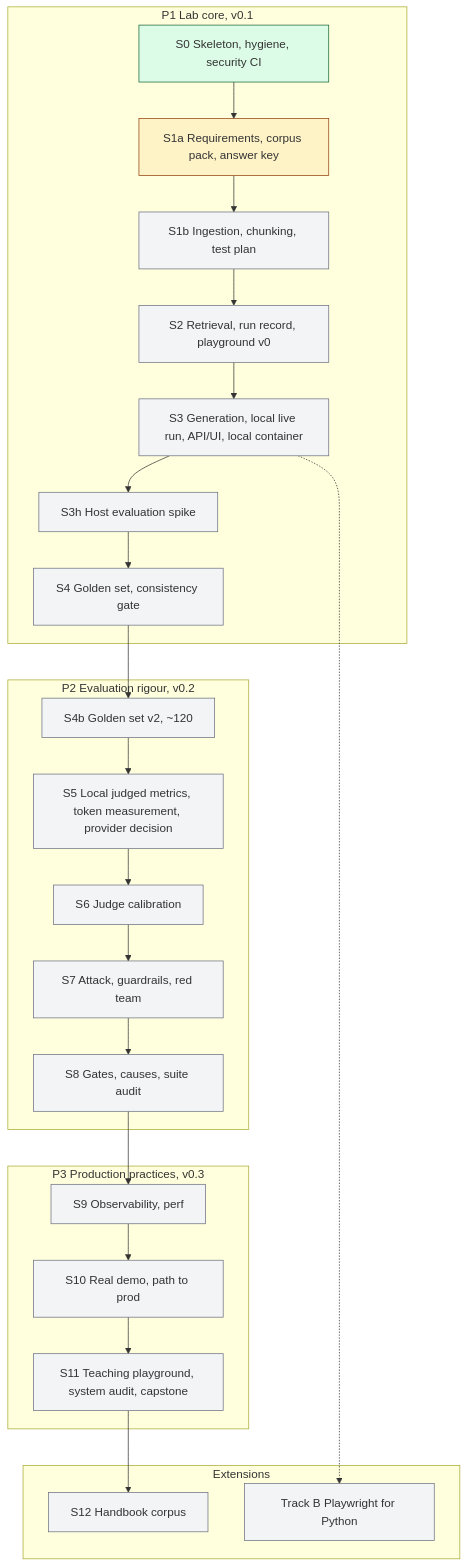
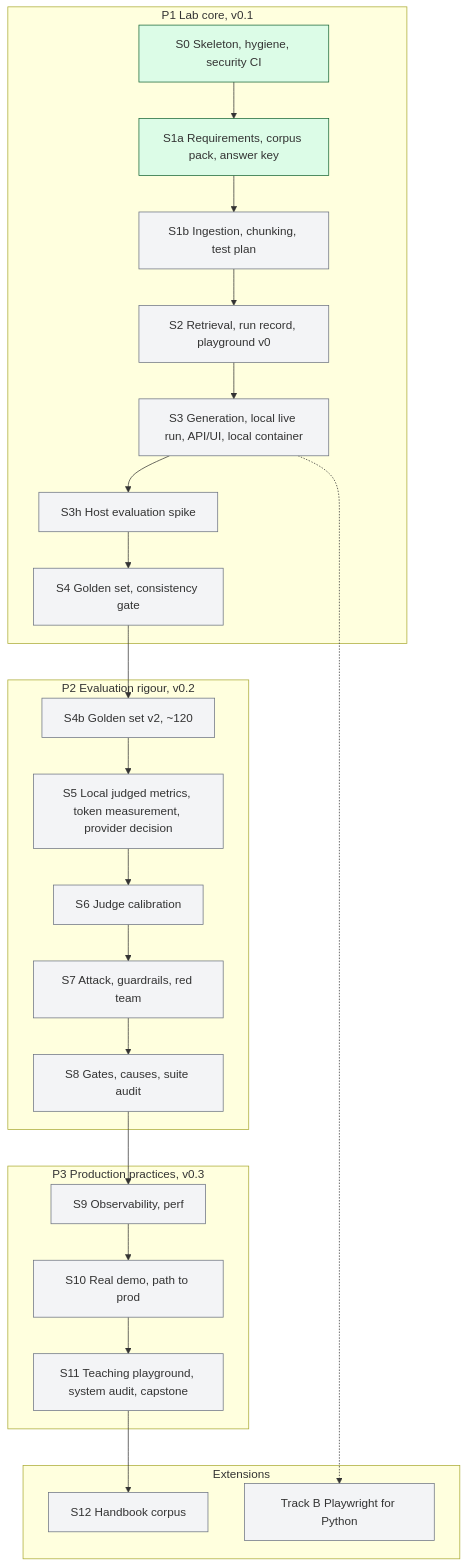
One commit to willcoliveira/ai-testing-rag-lab changed the diagram in README.md. Above: the diagram before and after it, drawn with Mermaid. The commit also changed other lines of this file and 3 other files, not shown here.

````diff
--- a/README.md
+++ b/README.md
@@ -21,26 +21,25 @@
 ```mermaid
 flowchart TB
   subgraph P1[P1 Lab core, v0.1]
     S0[S0 Skeleton, hygiene, security CI] --> S1a[S1a Requirements, corpus pack, answer key] --> S1b[S1b Ingestion, chunking, test plan] --> S2[S2 Retrieval, run record, playground v0] --> S3[S3 Generation, local live run, API/UI, local container] --> S3h[S3h Host evaluation spike] --> S4[S4 Golden set, consistency gate]
   end
   subgraph P2[P2 Evaluation rigour, v0.2]
     S4b[S4b Golden set v2, ~120] --> S5[S5 Local judged metrics, token measurement, provider decision] --> S6[S6 Judge calibration] --> S7[S7 Attack, guardrails, red team] --> S8[S8 Gates, causes, suite audit]
   end
   subgraph P3[P3 Production practices, v0.3]
     S9[S9 Observability, perf] --> S10[S10 Real demo, path to prod] --> S11[S11 Teaching playground, system audit, capstone]
   end
   subgraph EXT[Extensions]
     S12[S12 Handbook corpus]
     B[Track B Playwright for Python]
   end
   S4 --> S4b
   S8 --> S9
   S11 --> S12
   S3 -.-> B
   classDef todo fill:#f3f4f6,stroke:#6b7280
   classDef wip fill:#fef3c7,stroke:#92400e
   classDef done fill:#dcfce7,stroke:#166534
-  class S0 done
-  class S1a wip
+  class S0,S1a done
   class S1b,S2,S3,S3h,S4,S4b,S5,S6,S7,S8,S9,S10,S11,S12,B todo
 ```
````
